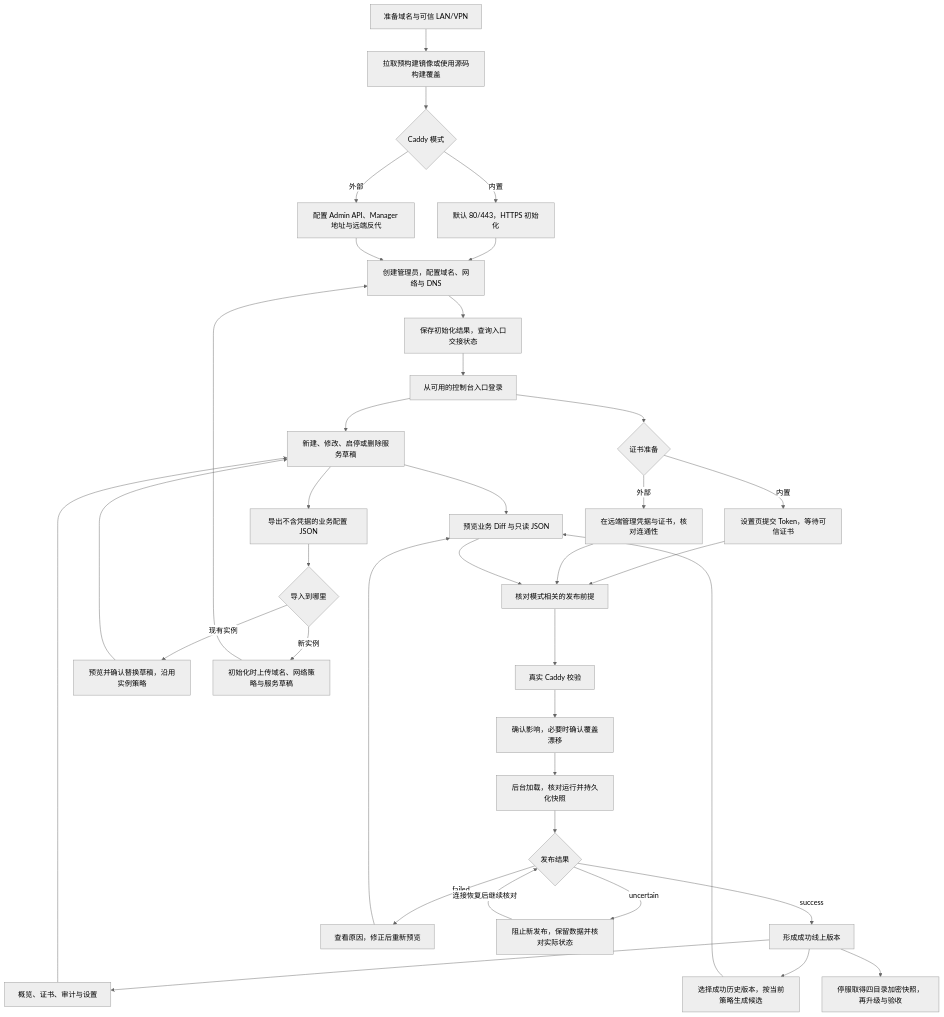
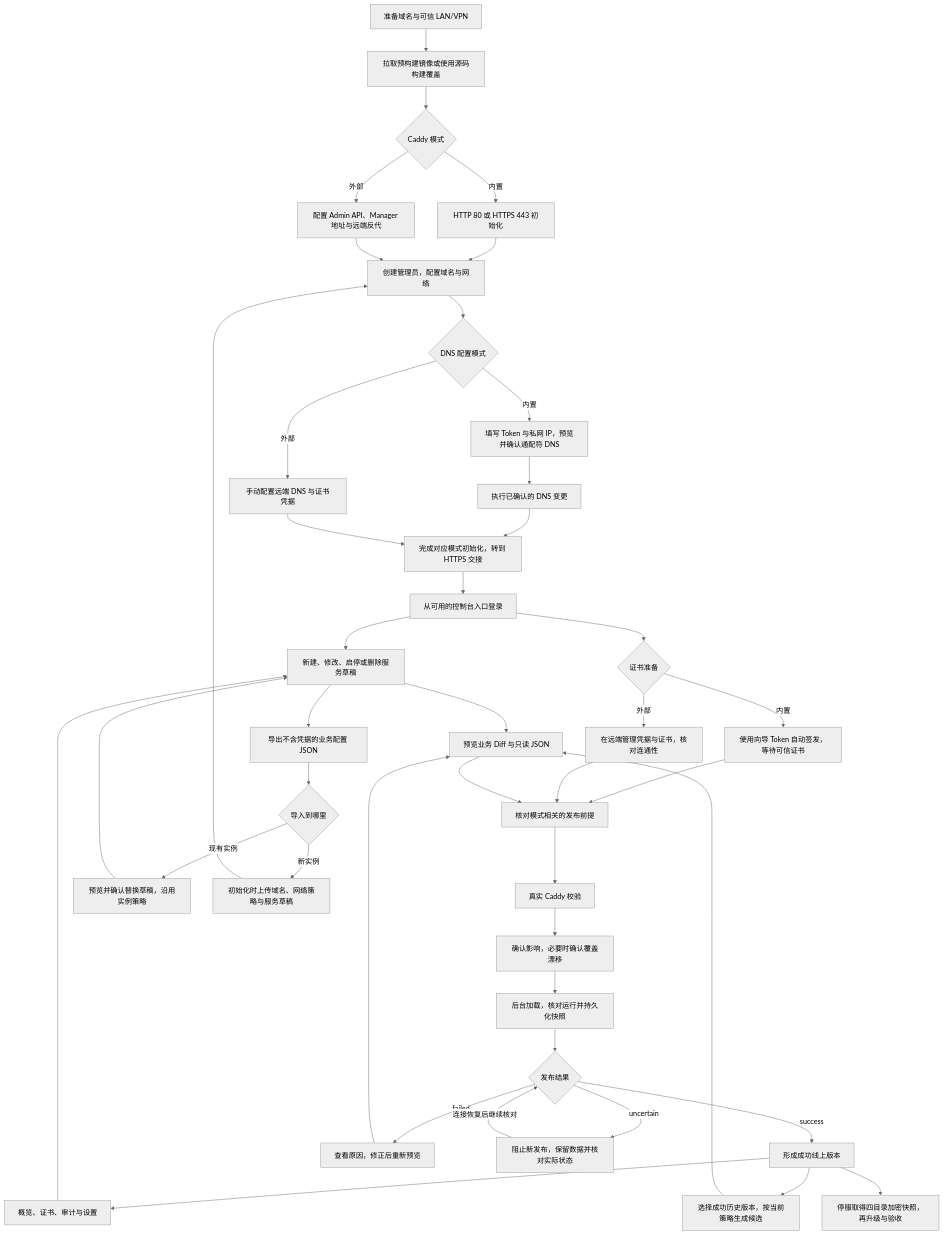
Before and after one commit to gofxq/caddy_admin: the first of 5 diagrams in docs/product-user-flow-review.md, drawn with Mermaid (neutral theme). The commit also changed other lines of this file and 73 other files, not shown here.

````diff
--- a/docs/product-user-flow-review.md
+++ b/docs/product-user-flow-review.md
@@ -9,42 +9,47 @@
 ```mermaid
 flowchart TD
     START[准备域名与可信 LAN/VPN] --> DEPLOY[拉取预构建镜像或使用源码构建覆盖]
     DEPLOY --> MODE{Caddy 模式}
-    MODE -->|内置| BUILTIN[默认 80/443，HTTPS 初始化]
+    MODE -->|内置| BUILTIN[HTTP 80 或 HTTPS 443 初始化]
     MODE -->|外部| EXTERNAL[配置 Admin API、Manager 地址与远端反代]
-    BUILTIN --> SETUP[创建管理员，配置域名、网络与 DNS]
+    BUILTIN --> SETUP[创建管理员，配置域名与网络]
     EXTERNAL --> SETUP
-    SETUP --> HANDOFF[保存初始化结果，查询入口交接状态]
+    SETUP --> DNSMODE{DNS 配置模式}
+    DNSMODE -->|内置| AUTODNS[填写 Token 与私网 IP，预览并确认通配符 DNS]
+    DNSMODE -->|外部| MANUALDNS[手动配置远端 DNS 与证书凭据]
+    AUTODNS --> DNSWRITE[执行已确认的 DNS 变更]
+    DNSWRITE --> HANDOFF
+    MANUALDNS --> HANDOFF[完成对应模式初始化，转到 HTTPS 交接]
     HANDOFF --> LOGIN[从可用的控制台入口登录]
 
     LOGIN --> DRAFT[新建、修改、启停或删除服务草稿]
     LOGIN --> CERT{证书准备}
-    CERT -->|内置| TOKEN[设置页提交 Token，等待可信证书]
+    CERT -->|内置| TOKEN[使用向导 Token 自动签发，等待可信证书]
     CERT -->|外部| REMOTE[在远端管理凭据与证书，核对连通性]
     TOKEN --> READY[核对模式相关的发布前提]
     REMOTE --> READY
     DRAFT --> DIFF[预览业务 Diff 与只读 JSON]
     DIFF --> READY
     READY --> VALIDATE[真实 Caddy 校验]
     VALIDATE --> CONFIRM[确认影响，必要时确认覆盖漂移]
     CONFIRM --> APPLY[后台加载，核对运行并持久化快照]
     APPLY --> RESULT{发布结果}
     RESULT -->|success| ONLINE[形成成功线上版本]
     RESULT -->|failed| FIX[查看原因，修正后重新预览]
     FIX --> DIFF
     RESULT -->|uncertain| RECONCILE[阻止新发布，保留数据并核对实际状态]
     RECONCILE -->|连接恢复后继续核对| RESULT
 
     ONLINE --> DAILY[概览、证书、审计与设置]
     DAILY --> DRAFT
     ONLINE --> ROLLBACK[选择成功历史版本，按当前策略生成候选]
     ROLLBACK --> DIFF
     ONLINE --> MAINTAIN[停服取得四目录加密快照，再升级与验收]
 
     DRAFT --> EXPORT[导出不含凭据的业务配置 JSON]
     EXPORT --> IMPORT{导入到哪里}
     IMPORT -->|现有实例| IMPORTDRAFT[预览并确认替换草稿，沿用实例策略]
     IMPORTDRAFT --> DRAFT
     IMPORT -->|新实例| IMPORTSETUP[初始化时上传域名、网络策略与服务草稿]
     IMPORTSETUP --> SETUP
 ```
````
